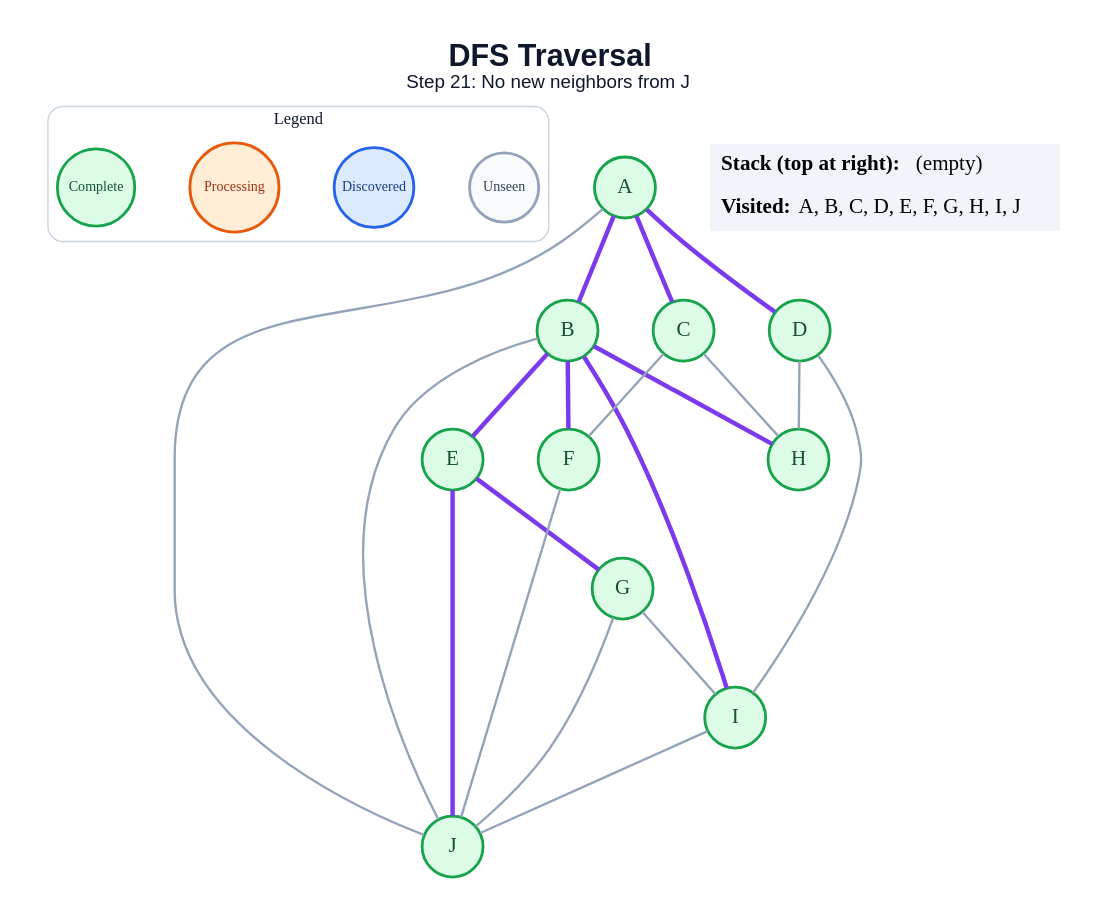
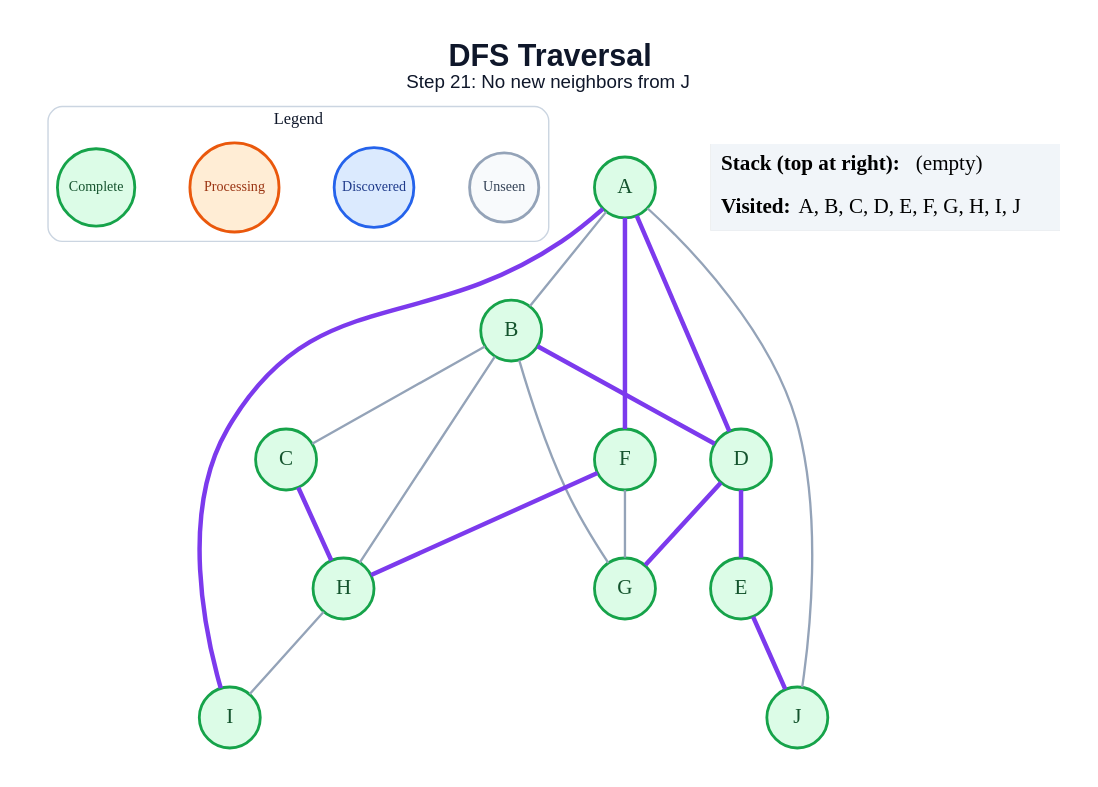
Before and after one commit to anon7238593-create/ai-slop: the diagram in generated/specific-node/dfs/step_21.dot, drawn with Graphviz. The commit also changed 171 other files, not shown here.

```diff
--- a/generated/specific-node/dfs/step_21.dot
+++ b/generated/specific-node/dfs/step_21.dot
@@ -1,48 +1,45 @@
 graph traversal {
   graph [layout=dot, rankdir=TB, bgcolor="#FFFFFF", pad="0.35", nodesep="0.65", ranksep="0.8", fontname="Arial"];
   node [shape=circle, style="filled", fontname="Arial Bold", fontsize=18, width=0.72, fixedsize=true, penwidth=2.4];
   edge [color="#94A3B8", penwidth=2.0];
   label=<<B>DFS Traversal</B><BR/><FONT POINT-SIZE="16">Step 21: No new neighbors from J</FONT>>; labelloc="t"; fontsize=26; fontname="Arial"; fontcolor="#0F172A";
   subgraph cluster_legend { label="Legend"; color="#CBD5E1"; penwidth=1.2; style="rounded"; fontsize=14; fontname="Arial Bold";
     key_unseen [label="Unseen", fillcolor="#F8FAFC", color="#94A3B8", fontcolor="#334155", fontsize=12, width=0.82];
     key_frontier [label="Discovered", fillcolor="#DBEAFE", color="#2563EB", fontcolor="#1E3A8A", fontsize=12, width=0.95];
     key_current [label="Processing", fillcolor="#FFEDD5", color="#EA580C", fontcolor="#9A3412", fontsize=12, width=1.05];
     key_done [label="Complete", fillcolor="#DCFCE7", color="#16A34A", fontcolor="#14532D", fontsize=12, width=0.92];
     { rank=same; key_unseen; key_frontier; key_current; key_done; }
   }
   A [fillcolor="#DCFCE7", color="#16A34A", fontcolor="#14532D"];
   B [fillcolor="#DCFCE7", color="#16A34A", fontcolor="#14532D"];
   C [fillcolor="#DCFCE7", color="#16A34A", fontcolor="#14532D"];
   D [fillcolor="#DCFCE7", color="#16A34A", fontcolor="#14532D"];
   E [fillcolor="#DCFCE7", color="#16A34A", fontcolor="#14532D"];
   F [fillcolor="#DCFCE7", color="#16A34A", fontcolor="#14532D"];
   G [fillcolor="#DCFCE7", color="#16A34A", fontcolor="#14532D"];
   H [fillcolor="#DCFCE7", color="#16A34A", fontcolor="#14532D"];
   I [fillcolor="#DCFCE7", color="#16A34A", fontcolor="#14532D"];
   J [fillcolor="#DCFCE7", color="#16A34A", fontcolor="#14532D"];
-  A -- B [color="#7C3AED", penwidth=3.8];
-  A -- C [color="#7C3AED", penwidth=3.8];
+  A -- B;
   A -- D [color="#7C3AED", penwidth=3.8];
+  A -- F [color="#7C3AED", penwidth=3.8];
+  A -- I [color="#7C3AED", penwidth=3.8];
   A -- J;
-  B -- E [color="#7C3AED", penwidth=3.8];
-  B -- F [color="#7C3AED", penwidth=3.8];
-  B -- H [color="#7C3AED", penwidth=3.8];
-  B -- I [color="#7C3AED", penwidth=3.8];
-  B -- J;
-  C -- F;
-  C -- H;
-  D -- H;
-  D -- I;
-  E -- G [color="#7C3AED", penwidth=3.8];
+  B -- C;
+  B -- D [color="#7C3AED", penwidth=3.8];
+  B -- G;
+  B -- H;
+  C -- H [color="#7C3AED", penwidth=3.8];
+  D -- E [color="#7C3AED", penwidth=3.8];
+  D -- G [color="#7C3AED", penwidth=3.8];
   E -- J [color="#7C3AED", penwidth=3.8];
-  F -- J;
-  G -- I;
-  G -- J;
-  I -- J;
+  F -- G;
+  F -- H [color="#7C3AED", penwidth=3.8];
+  H -- I;
   status [shape=plain, fixedsize=false, width=0, height=0, margin=0, label=<
     <TABLE BORDER="0" CELLBORDER="0" CELLPADDING="7" BGCOLOR="#F1F5F9">
       <TR><TD ALIGN="LEFT"><B>Stack (top at right):</B> (empty)</TD></TR>
       <TR><TD ALIGN="LEFT"><B>Visited:</B> A, B, C, D, E, F, G, H, I, J</TD></TR>
     </TABLE>
   >];
 }
```
